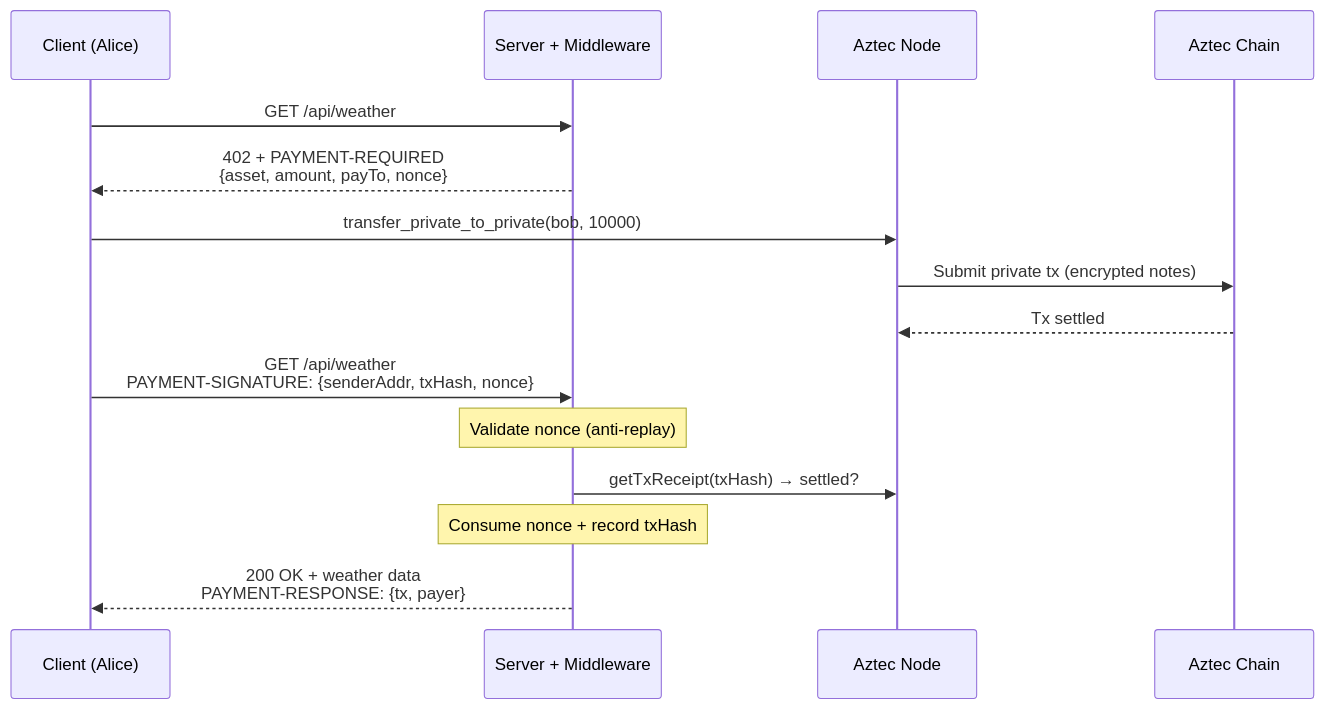
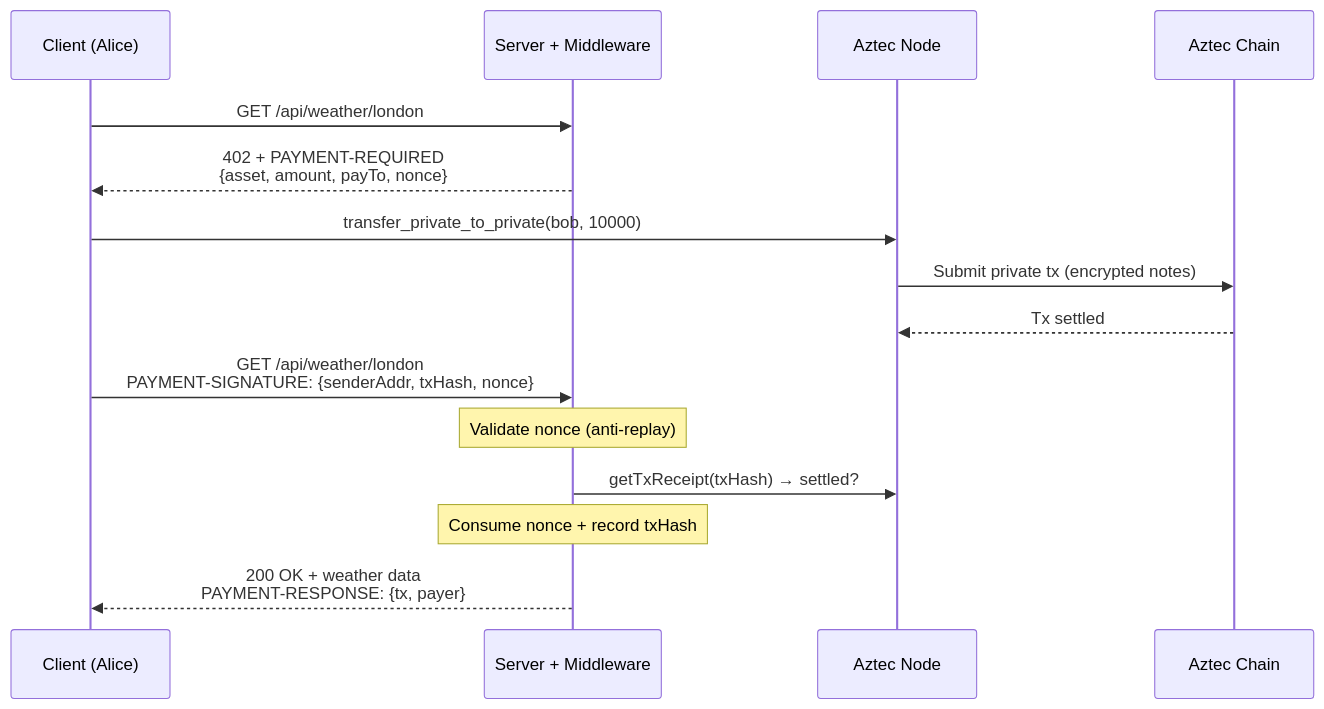
The first of 3 diagrams in readme.md (Galactica-corp/aztec-x402), drawn with Mermaid before and after one commit. The commit also changed other lines of this file and 7 other files, not shown here.

````diff
--- a/readme.md
+++ b/readme.md
@@ -9,22 +9,22 @@
 ```mermaid
 sequenceDiagram
     participant Client as Client (Alice)
     participant Server as Server + Middleware
     participant Node as Aztec Node
     participant Chain as Aztec Chain
 
-    Client->>Server: GET /api/weather
+    Client->>Server: GET /api/weather/london
     Server-->>Client: 402 + PAYMENT-REQUIRED<br/>{asset, amount, payTo, nonce}
 
     Client->>Node: transfer_private_to_private(bob, 10000)
     Node->>Chain: Submit private tx (encrypted notes)
     Chain-->>Node: Tx settled
 
-    Client->>Server: GET /api/weather<br/>PAYMENT-SIGNATURE: {senderAddr, txHash, nonce}
+    Client->>Server: GET /api/weather/london<br/>PAYMENT-SIGNATURE: {senderAddr, txHash, nonce}
 
     Note over Server: Validate nonce (anti-replay)
     Server->>Node: getTxReceipt(txHash) → settled?
 
     Note over Server: Consume nonce + record txHash
     Server-->>Client: 200 OK + weather data<br/>PAYMENT-RESPONSE: {tx, payer}
 ```
````
